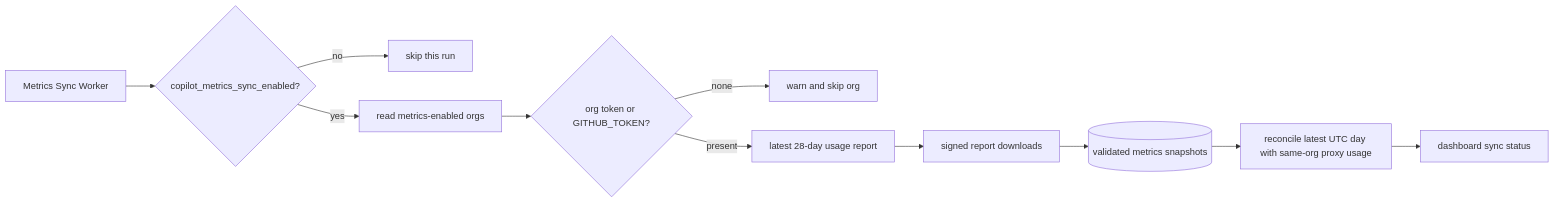
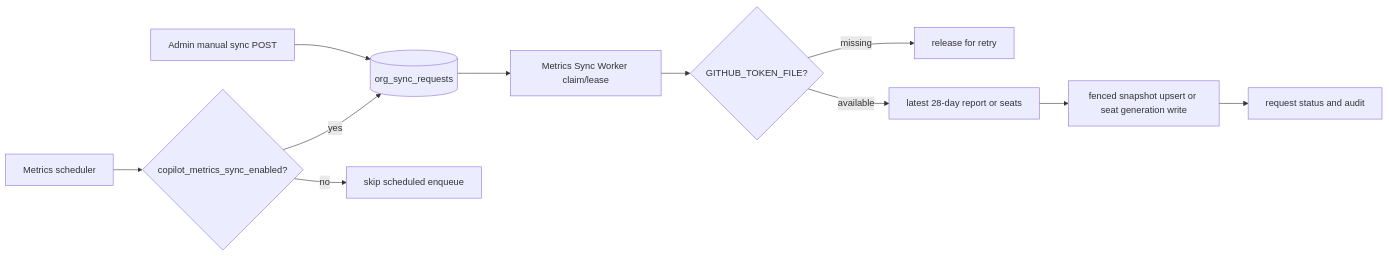
The fifth of 6 diagrams in docs/architecture.en.md (pczhao1210/ghcp-pool-proxy), drawn with Mermaid before and after one commit. The commit also changed other lines of this file and 74 other files, not shown here.

````diff
--- a/docs/architecture.en.md
+++ b/docs/architecture.en.md
@@ -107,13 +114,13 @@
 ```mermaid
 flowchart LR
-  Worker["Metrics Sync Worker"] --> Flag{"copilot_metrics_sync_enabled?"}
-  Flag -->|"no"| Skip["skip this run"]
-  Flag -->|"yes"| Orgs["read metrics-enabled orgs"]
-  Orgs --> Token{"org token or GITHUB_TOKEN?"}
-  Token -->|"none"| Warn["warn and skip org"]
-  Token -->|"present"| GitHub["latest 28-day usage report"]
-  GitHub --> Download["signed report downloads"]
-  Download --> Snapshot[(validated metrics snapshots)]
-  Snapshot --> Reconcile["reconcile latest UTC day with same-org proxy usage"]
-  Reconcile --> Dashboard["dashboard sync status"]
+  Admin["Admin manual sync POST"] --> Queue[(org_sync_requests)]
+  Scheduler["Metrics scheduler"] --> Flag{"copilot_metrics_sync_enabled?"}
+  Flag -->|"yes"| Queue
+  Flag -->|"no"| Skip["skip scheduled enqueue"]
+  Queue --> Worker["Metrics Sync Worker claim/lease"]
+  Worker --> Token{"GITHUB_TOKEN_FILE?"}
+  Token -->|"missing"| Retry["release for retry"]
+  Token -->|"available"| GitHub["latest 28-day report or seats"]
+  GitHub --> Commit["fenced snapshot upsert or seat generation write"]
+  Commit --> Dashboard["request status and audit"]
 ```
````
